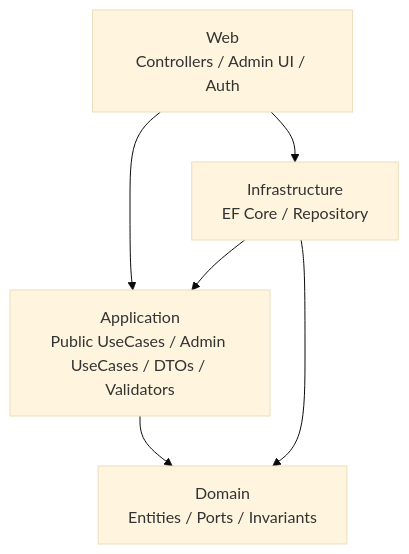
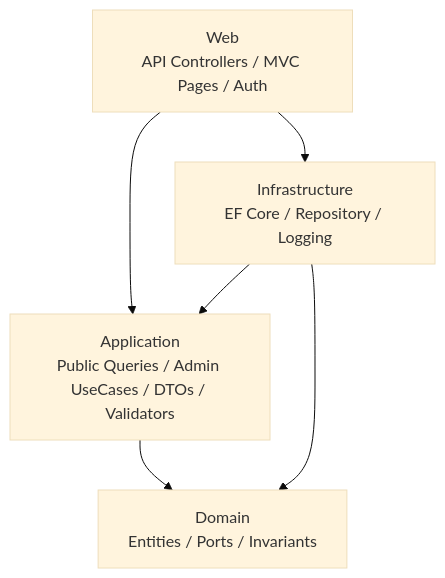
One commit to p-o-ke-nae/pokemondamagecalculatorforstory changed the first of 4 diagrams in docs/design/architecture-overview.md. Above: the diagram before and after it, drawn with Mermaid (base theme). The commit also changed other lines of this file and 4 other files, not shown here.

````diff
--- a/docs/design/architecture-overview.md
+++ b/docs/design/architecture-overview.md
@@ -30,13 +31,13 @@
 ```mermaid
 graph TD
-    Web["Web<br/>Controllers / Admin UI / Auth"]
-    App["Application<br/>Public UseCases / Admin UseCases / DTOs / Validators"]
-    Infra["Infrastructure<br/>EF Core / Repository"]
+    Web["Web<br/>API Controllers / MVC Pages / Auth"]
+    App["Application<br/>Public Queries / Admin UseCases / DTOs / Validators"]
+    Infra["Infrastructure<br/>EF Core / Repository / Logging"]
     Domain["Domain<br/>Entities / Ports / Invariants"]
 
     Web --> App
     Web --> Infra
     App --> Domain
     Infra --> App
     Infra --> Domain
 ```
````
